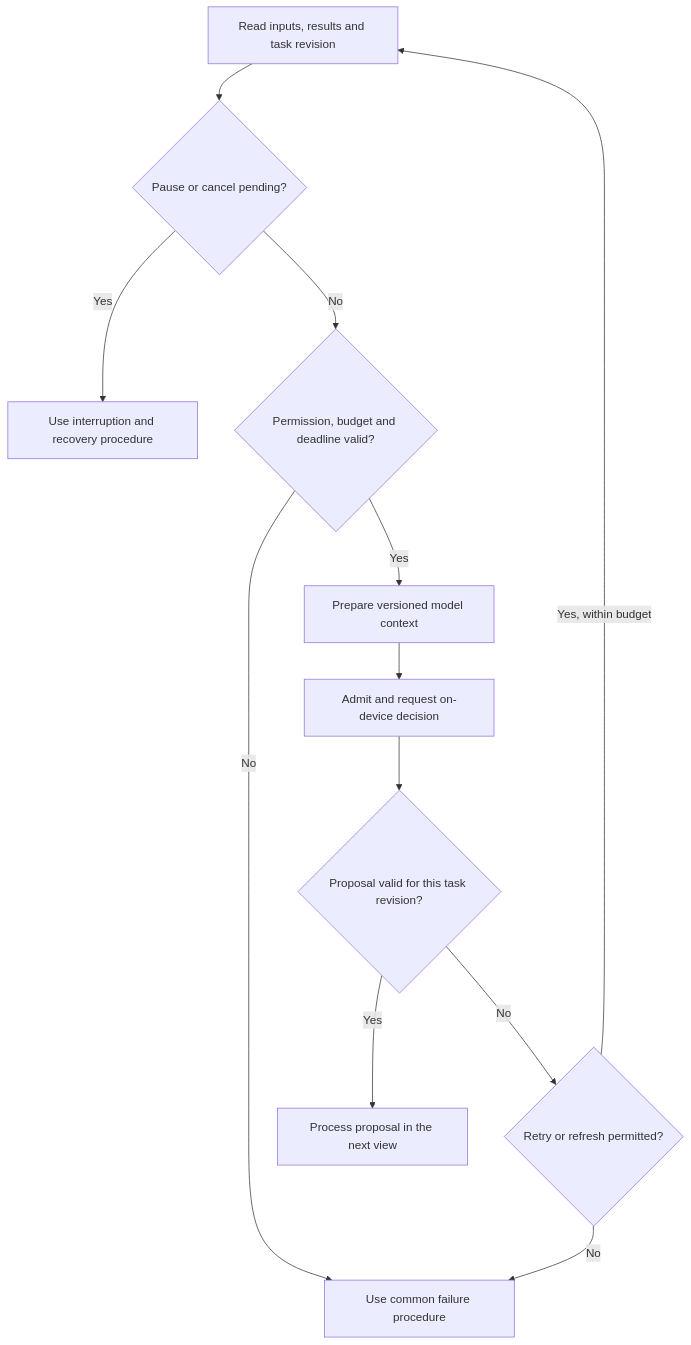
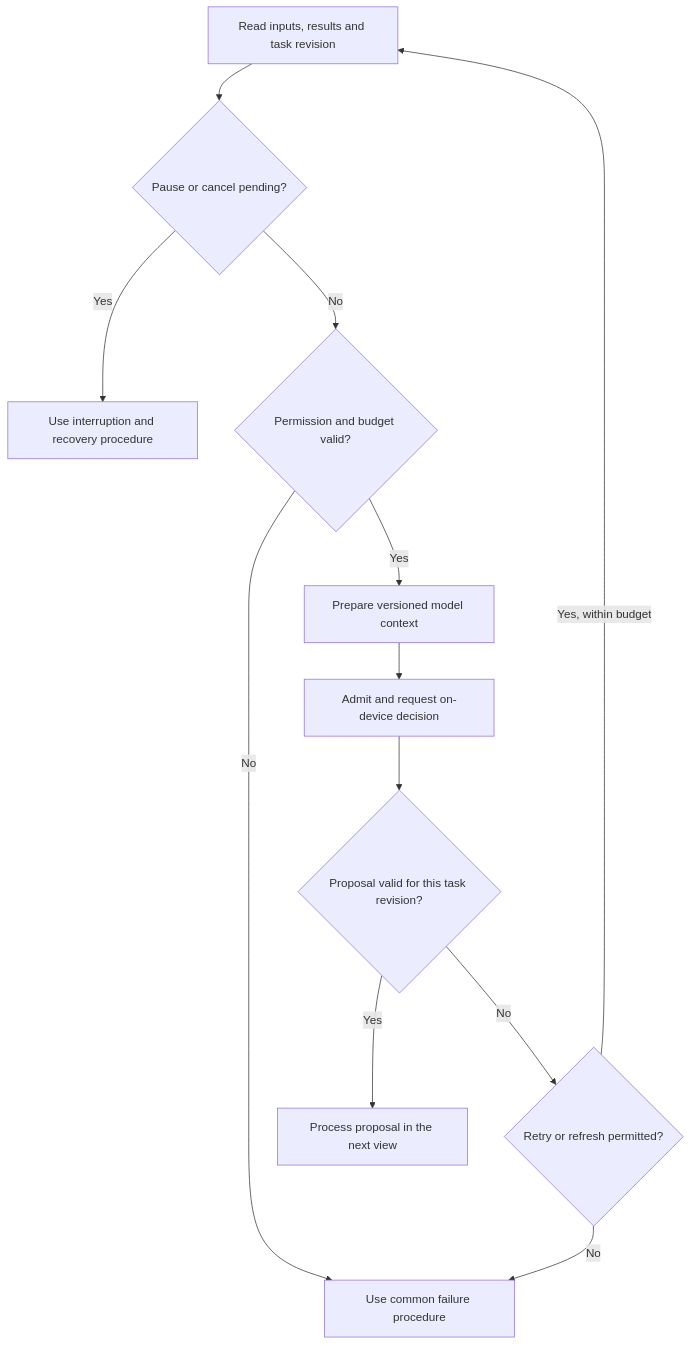
One commit to pidster/asura changed the fifth of 13 diagrams in docs/designs/core-harness-brief.md. Above: the diagram before and after it, drawn with Mermaid. The commit also changed other lines of this file and 80 other files, not shown here.

````diff
--- a/docs/designs/core-harness-brief.md
+++ b/docs/designs/core-harness-brief.md
@@ -239,14 +252,14 @@
 ```mermaid
 flowchart TD
     Observe["Read inputs, results and task revision"] --> Control{"Pause or cancel pending?"}
     Control -->|Yes| Settle["Use interruption and recovery procedure"]
-    Control -->|No| Budget{"Permission, budget and deadline valid?"}
+    Control -->|No| Budget{"Permission and budget valid?"}
     Budget -->|No| Stop["Use common failure procedure"]
     Budget -->|Yes| Context["Prepare versioned model context"]
     Context --> Decision["Admit and request on-device decision"]
     Decision --> Valid{"Proposal valid for this task revision?"}
     Valid -->|No| Retry{"Retry or refresh permitted?"}
     Retry -->|Yes, within budget| Observe
     Retry -->|No| Stop
     Valid -->|Yes| Next["Process proposal in the next view"]
 ```
````
